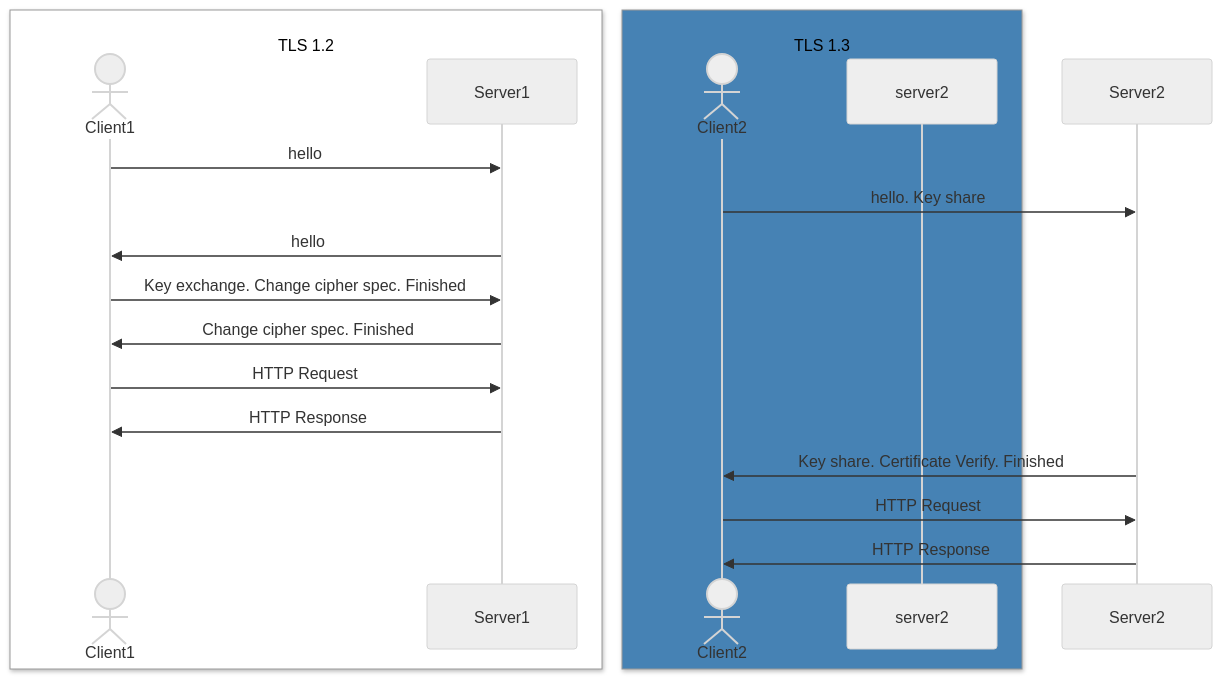
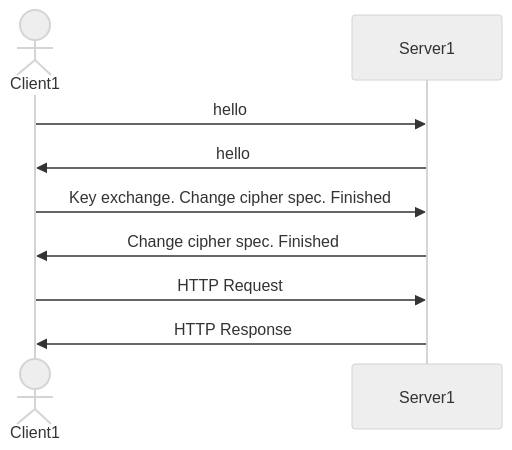
Before and after one commit to jtaverne/ovh: the third of 4 diagrams in tls_1.3.md, drawn with Mermaid.

````diff
--- a/tls_1.3.md
+++ b/tls_1.3.md
@@ -37,26 +37,14 @@
 ```mermaid
 %%{init: {'theme': 'neutral' } }%%
-sequenceDiagram
-    box White <br/>TLS 1.2
+sequenceDiagram 
     actor Client1
     participant Server1
-    end
-    box SteelBlue <br/>TLS 1.3
-    actor Client2
-    participant server2
-    end
-
 Client1 ->> Server1 : hello
-Client2 ->> Server2 : hello. Key share
 Server1 ->> Client1 : hello
 Client1 ->> Server1 : Key exchange. Change cipher spec. Finished
 Server1 ->> Client1 : Change cipher spec. Finished
 Client1 ->> Server1 : HTTP Request
 Server1 ->> Client1 : HTTP Response
 
 
-Server2 ->> Client2 : Key share. Certificate Verify. Finished
-Client2 ->> Server2 : HTTP Request
-Server2 ->> Client2 : HTTP Response
-
 ```
````
